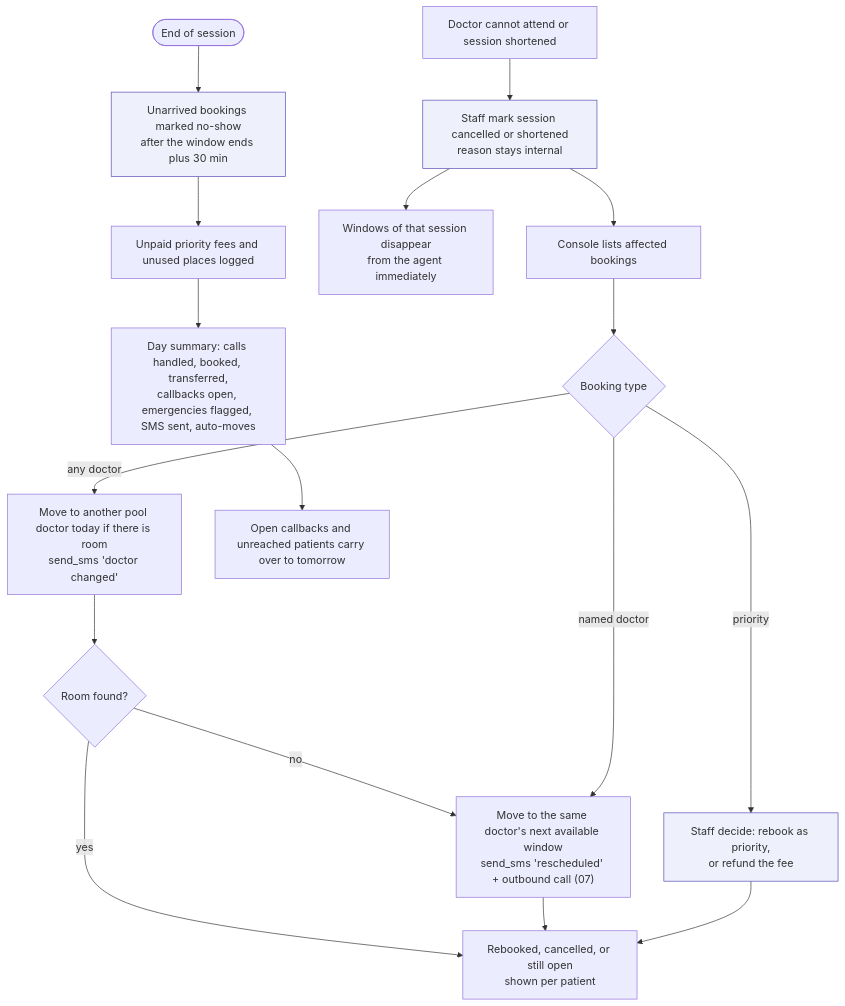
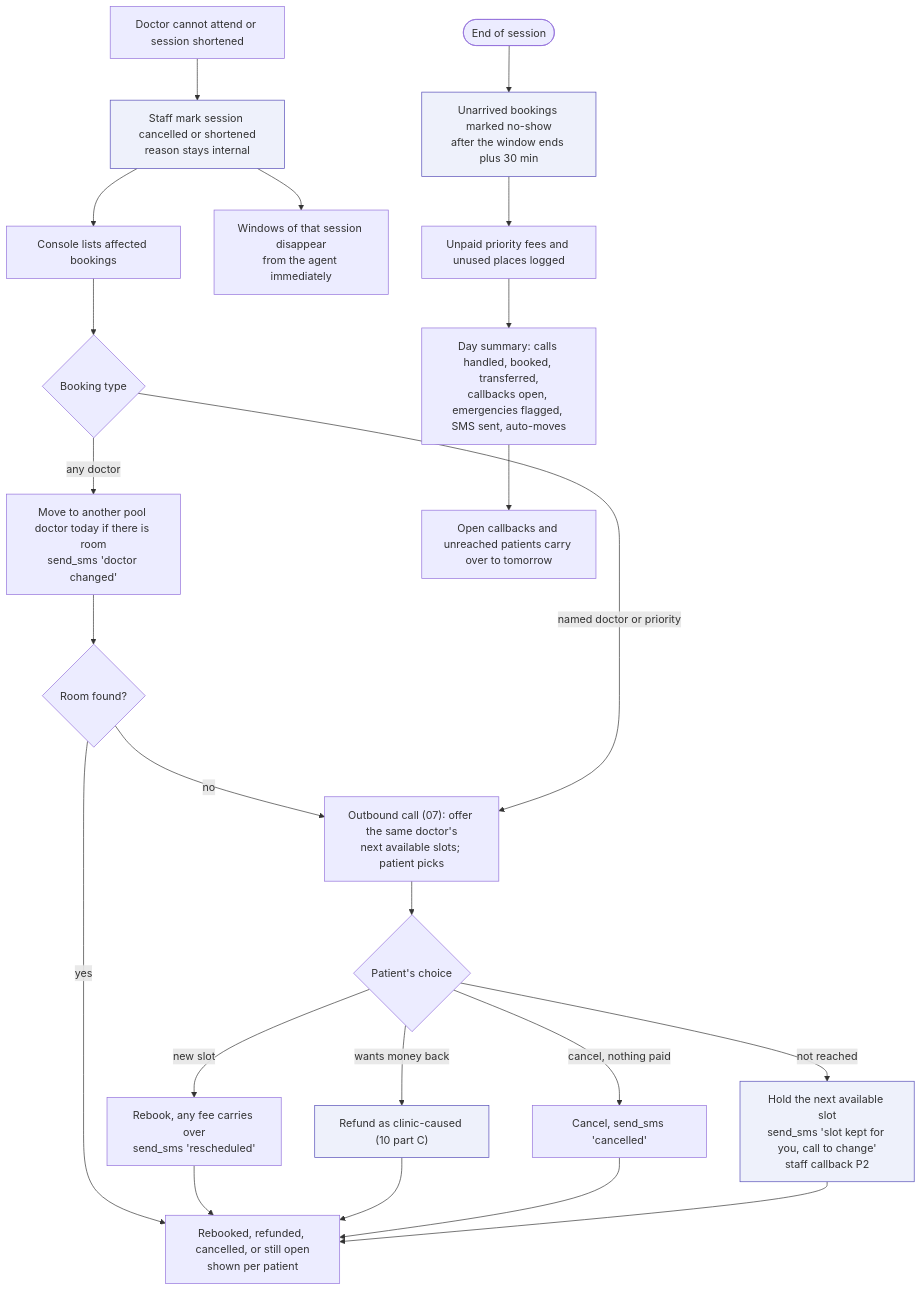
Before and after one commit to Anupamgt/tts-agent-1: the fourth of 4 diagrams in docs/flows/09-day-of-operations.md, drawn with Mermaid. The commit also changed other lines of this file and 13 other files, not shown here.

````diff
--- a/docs/flows/09-day-of-operations.md
+++ b/docs/flows/09-day-of-operations.md
@@ -98,23 +102,29 @@
 ```mermaid
 flowchart TD
     X0["Doctor cannot attend or session shortened"] --> X1["Staff mark session cancelled or shortened<br/>reason stays internal"]
     X1 --> X2["Console lists affected bookings"]
     X2 --> X3{"Booking type"}
     X3 -->|"any doctor"| X4["Move to another pool doctor today if there is room<br/>send_sms 'doctor changed'"]
     X4 --> X4b{"Room found?"}
     X4b -->|"no"| X5
     X4b -->|"yes"| X8
-    X3 -->|"named doctor"| X5["Move to the same doctor's next available window<br/>send_sms 'rescheduled' + outbound call (07)"]
-    X3 -->|"priority"| X6["Staff decide: rebook as priority,<br/>or refund the fee"]
-    X5 --> X8["Rebooked, cancelled, or still open<br/>shown per patient"]
-    X6 --> X8
+    X3 -->|"named doctor or priority"| X5["Outbound call (07): offer the same doctor's<br/>next available slots; patient picks"]
+    X5 --> X6{"Patient's choice"}
+    X6 -->|"new slot"| X9["Rebook, any fee carries over<br/>send_sms 'rescheduled'"]
+    X6 -->|"wants money back"| X10["Refund as clinic-caused (10 part C)"]
+    X6 -->|"cancel, nothing paid"| X11["Cancel, send_sms 'cancelled'"]
+    X6 -->|"not reached"| X12["Hold the next available slot<br/>send_sms 'slot kept for you, call to change'<br/>staff callback P2"]
+    X9 --> X8["Rebooked, refunded, cancelled, or still open<br/>shown per patient"]
+    X10 --> X8
+    X11 --> X8
+    X12 --> X8
     X1 --> X7["Windows of that session disappear<br/>from the agent immediately"]
 
     Y0(["End of session"]) --> Y1["Unarrived bookings marked no-show<br/>after the window ends plus 30 min"]
     Y1 --> Y2["Unpaid priority fees and unused places logged"]
     Y2 --> Y3["Day summary: calls handled, booked, transferred,<br/>callbacks open, emergencies flagged, SMS sent, auto-moves"]
     Y3 --> Y4["Open callbacks and unreached patients carry over to tomorrow"]
 
     classDef human fill:#eef1fb,stroke:#534ab7;
-    class X1,X6,Y1 human;
+    class X1,X10,X12,Y1 human;
 ```
````
